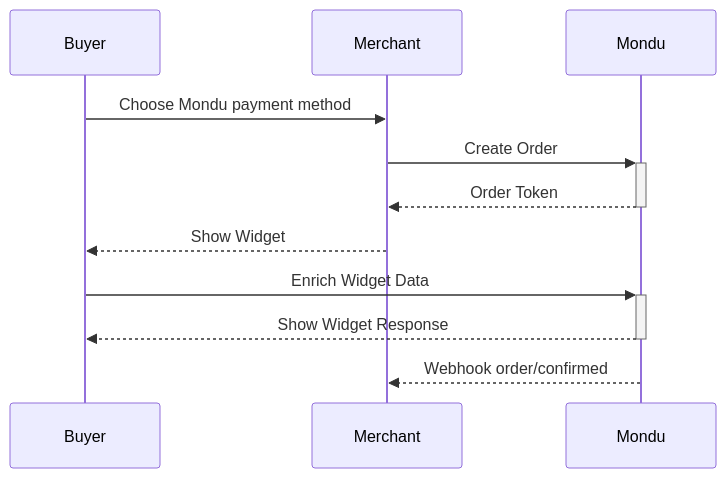
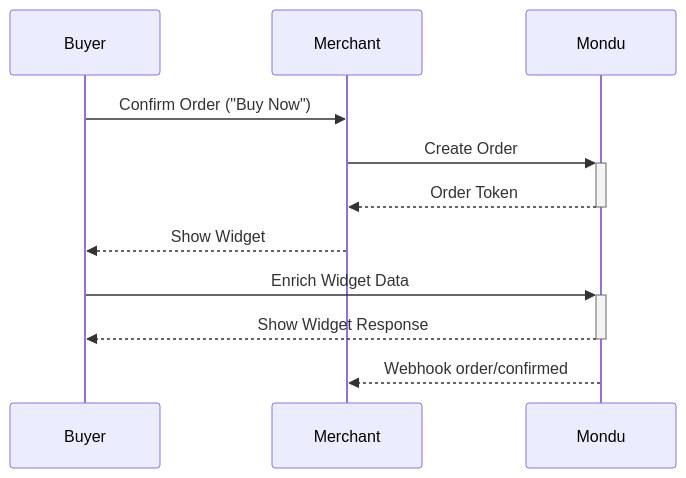
One commit to hreinberger/mondu-node changed the first of 2 diagrams in README.md. Above: the diagram before and after it, drawn with Mermaid.

Commit message:
clarifiy difference between flows

````diff
--- a/README.md
+++ b/README.md
@@ -49,10 +49,10 @@
 ```mermaid
 sequenceDiagram
-    Buyer ->> Merchant: Choose Mondu payment method
+    Buyer ->> Merchant: Confirm Order ("Buy Now")
     Merchant ->>+ Mondu: Create Order
     Mondu -->>- Merchant: Order Token
     Merchant -->> Buyer: Show Widget
     Buyer ->>+ Mondu: Enrich Widget Data 
     Mondu -->>- Buyer: Show Widget Response
     Mondu -->> Merchant: Webhook order/confirmed
 ```
````
